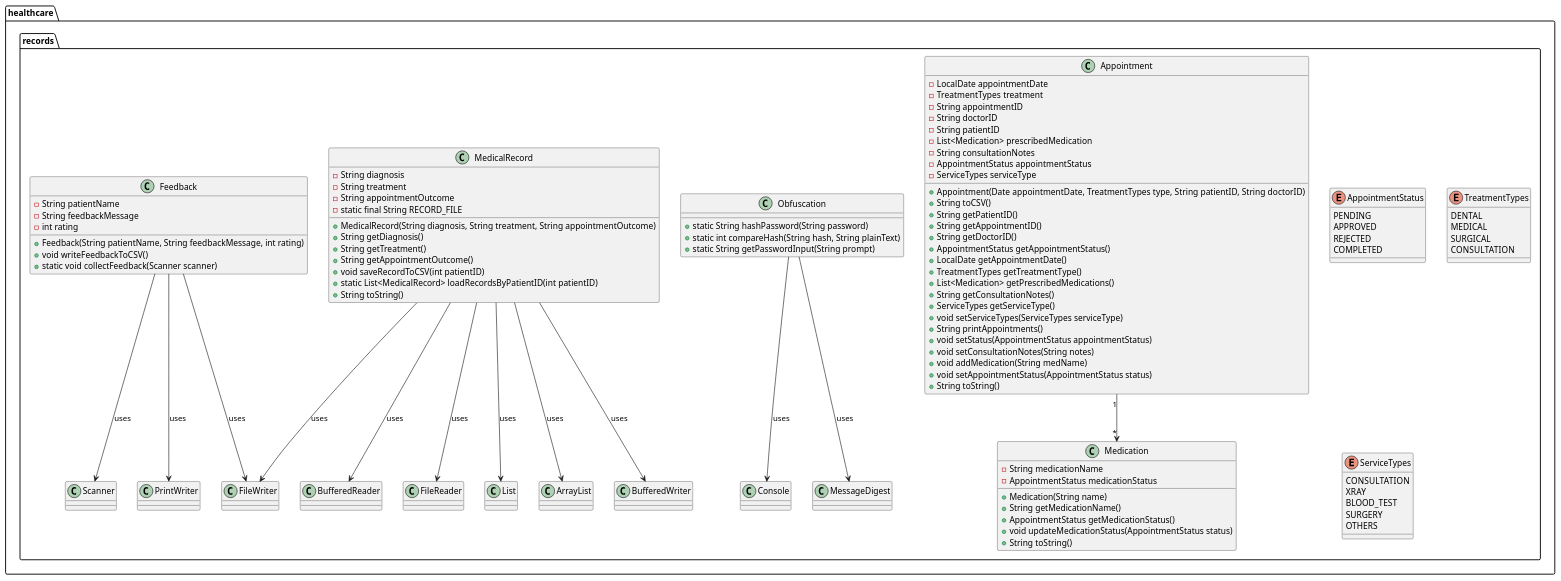
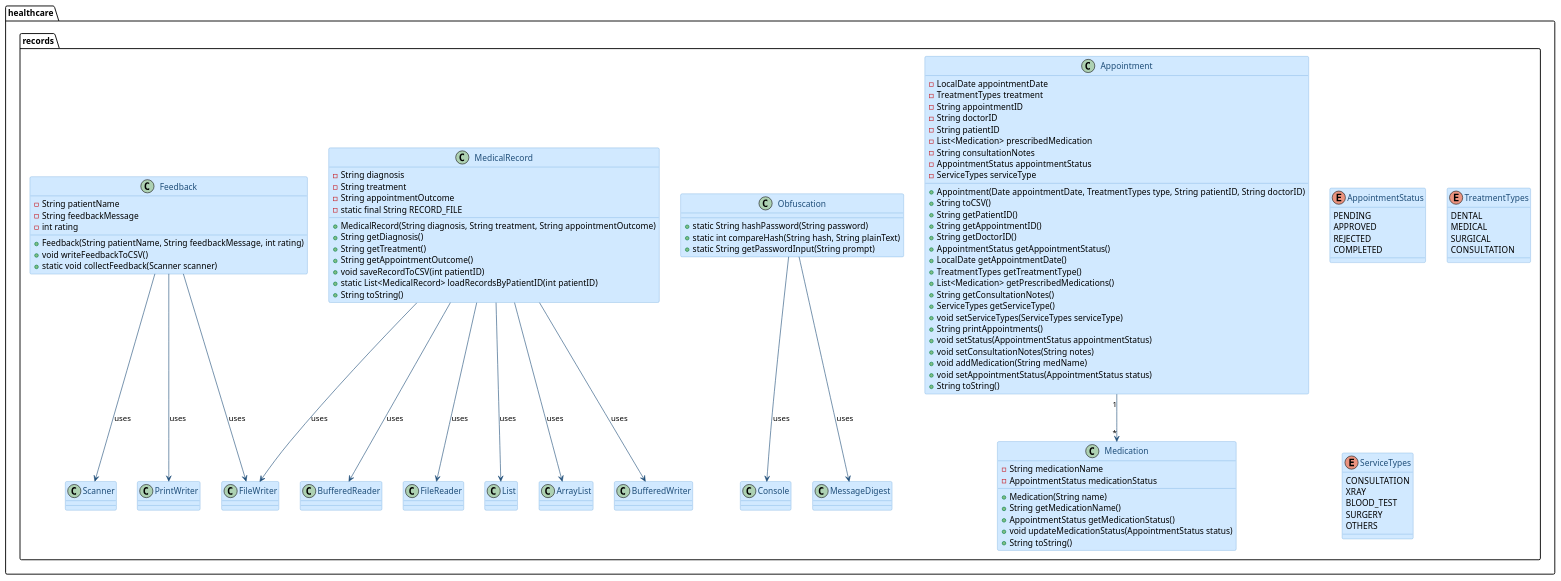
The diagram in out/UML/record_collated.puml (KuroInit/SC2002_Assignment), drawn with PlantUML before and after one commit. The commit also changed 23 other files, not shown here.

Commit message:
some warning handling and UML themeing

```diff
--- a/out/UML/record_collated.puml
+++ b/out/UML/record_collated.puml
@@ -1,123 +1,127 @@
-@startuml
+@startuml record_collated
+skinparam classBackgroundColor #D1E9FF
+skinparam classBorderColor #5B9BD5
+skinparam classFontColor #1F4E79
+skinparam classArrowColor #1F4E79
 package healthcare.records {
 
     ' Appointment Class
     class Appointment {
         - LocalDate appointmentDate
         - TreatmentTypes treatment
         - String appointmentID
         - String doctorID
         - String patientID
         - List<Medication> prescribedMedication
         - String consultationNotes
         - AppointmentStatus appointmentStatus
         - ServiceTypes serviceType
 
         + Appointment(Date appointmentDate, TreatmentTypes type, String patientID, String doctorID)
         + String toCSV()
         + String getPatientID()
         + String getAppointmentID()
         + String getDoctorID()
         + AppointmentStatus getAppointmentStatus()
         + LocalDate getAppointmentDate()
         + TreatmentTypes getTreatmentType()
         + List<Medication> getPrescribedMedications()
         + String getConsultationNotes()
         + ServiceTypes getServiceType()
         + void setServiceTypes(ServiceTypes serviceType)
         + String printAppointments()
         + void setStatus(AppointmentStatus appointmentStatus)
         + void setConsultationNotes(String notes)
         + void addMedication(String medName)
         + void setAppointmentStatus(AppointmentStatus status)
         + String toString()
     }
 
     ' Medication Class
     class Medication {
         - String medicationName
         - AppointmentStatus medicationStatus
 
         + Medication(String name)
         + String getMedicationName()
         + AppointmentStatus getMedicationStatus()
         + void updateMedicationStatus(AppointmentStatus status)
         + String toString()
     }
 
     ' AppointmentStatus Enum
     enum AppointmentStatus {
         PENDING
         APPROVED
         REJECTED
         COMPLETED
     }
 
     ' TreatmentTypes Enum
     enum TreatmentTypes {
         DENTAL
         MEDICAL
         SURGICAL
         CONSULTATION
     }
 
     ' ServiceTypes Enum
     enum ServiceTypes {
         CONSULTATION
         XRAY
         BLOOD_TEST
         SURGERY
         OTHERS
     }
 
     Appointment "1" --> "*" Medication
 
     ' Obfuscation Class
     class Obfuscation {
         + static String hashPassword(String password)
         + static int compareHash(String hash, String plainText)
         + static String getPasswordInput(String prompt)
     }
 
     Obfuscation --> MessageDigest : uses
     Obfuscation --> Console : uses
 
     ' MedicalRecord Class
     class MedicalRecord {
         - String diagnosis
         - String treatment
         - String appointmentOutcome
         - static final String RECORD_FILE
 
         + MedicalRecord(String diagnosis, String treatment, String appointmentOutcome)
         + String getDiagnosis()
         + String getTreatment()
         + String getAppointmentOutcome()
         + void saveRecordToCSV(int patientID)
         + static List<MedicalRecord> loadRecordsByPatientID(int patientID)
         + String toString()
     }
 
     MedicalRecord --> BufferedWriter : uses
     MedicalRecord --> FileWriter : uses
     MedicalRecord --> BufferedReader : uses
     MedicalRecord --> FileReader : uses
     MedicalRecord --> List : uses
     MedicalRecord --> ArrayList : uses
 
     ' Feedback Class
     class Feedback {
         - String patientName
         - String feedbackMessage
         - int rating
 
         + Feedback(String patientName, String feedbackMessage, int rating)
         + void writeFeedbackToCSV()
         + static void collectFeedback(Scanner scanner)
     }
 
     Feedback --> Scanner : uses
     Feedback --> PrintWriter : uses
     Feedback --> FileWriter : uses
 }
 @enduml
```
